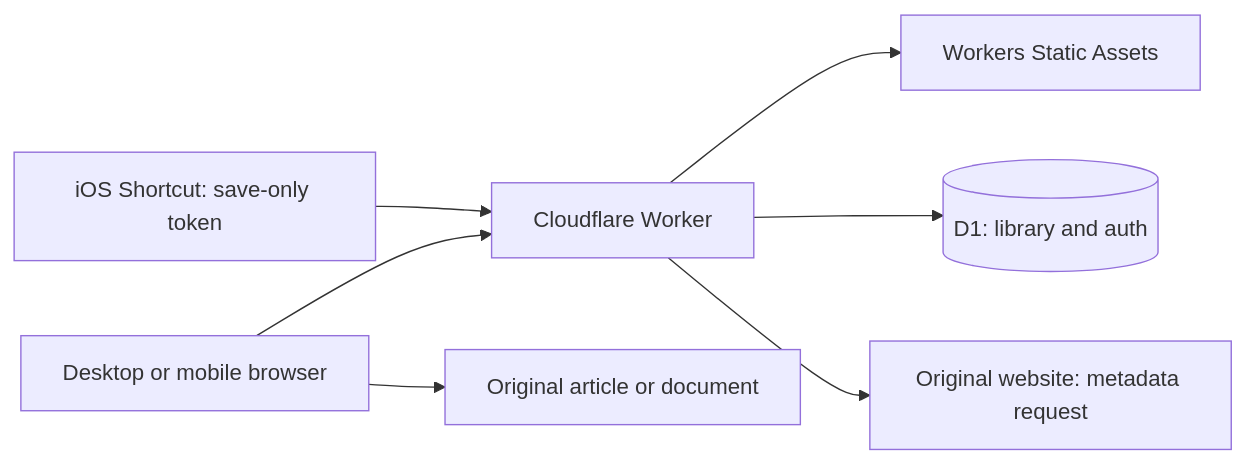
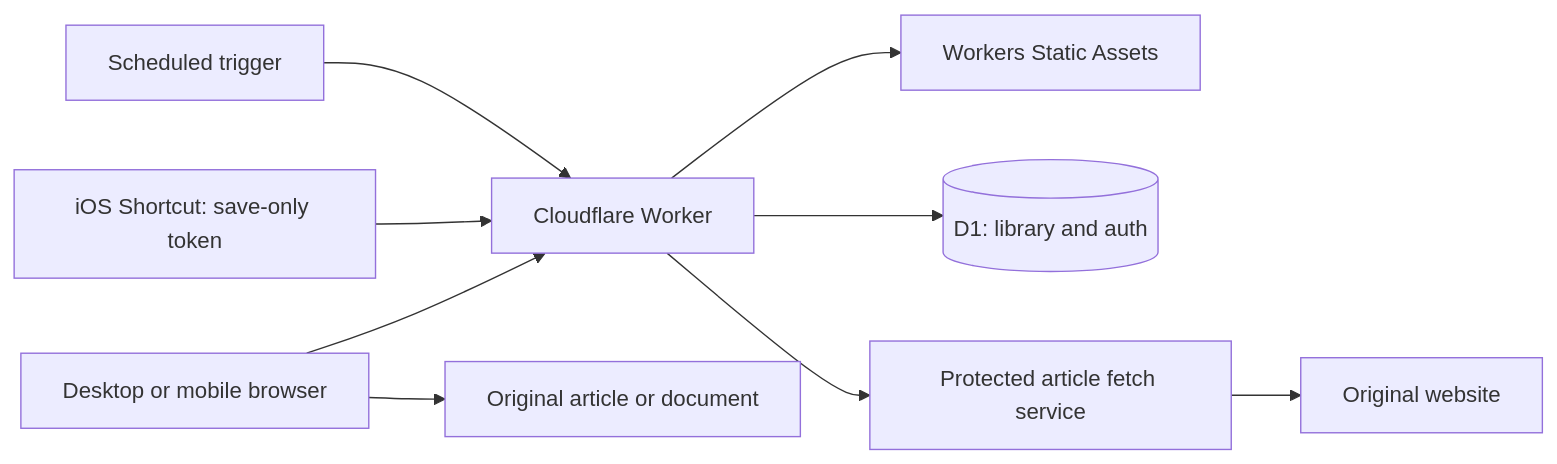
One commit to Pajdzik/read-it-later changed the diagram in README.md. Above: the diagram before and after it, drawn with Mermaid. The commit also changed other lines of this file and 25 other files, not shown here.

````diff
--- a/README.md
+++ b/README.md
@@ -19,9 +19,11 @@
 ```mermaid
 flowchart LR
     Browser[Desktop or mobile browser] --> Worker[Cloudflare Worker]
     Shortcut[iOS Shortcut: save-only token] --> Worker
     Worker --> Assets[Workers Static Assets]
     Worker --> D1[(D1: library and auth)]
-    Worker --> Metadata[Original website: metadata request]
+    Cron[Scheduled trigger] --> Worker
+    Worker --> Fetcher[Protected article fetch service]
+    Fetcher --> Source[Original website]
     Browser --> Original[Original article or document]
 ```
````
